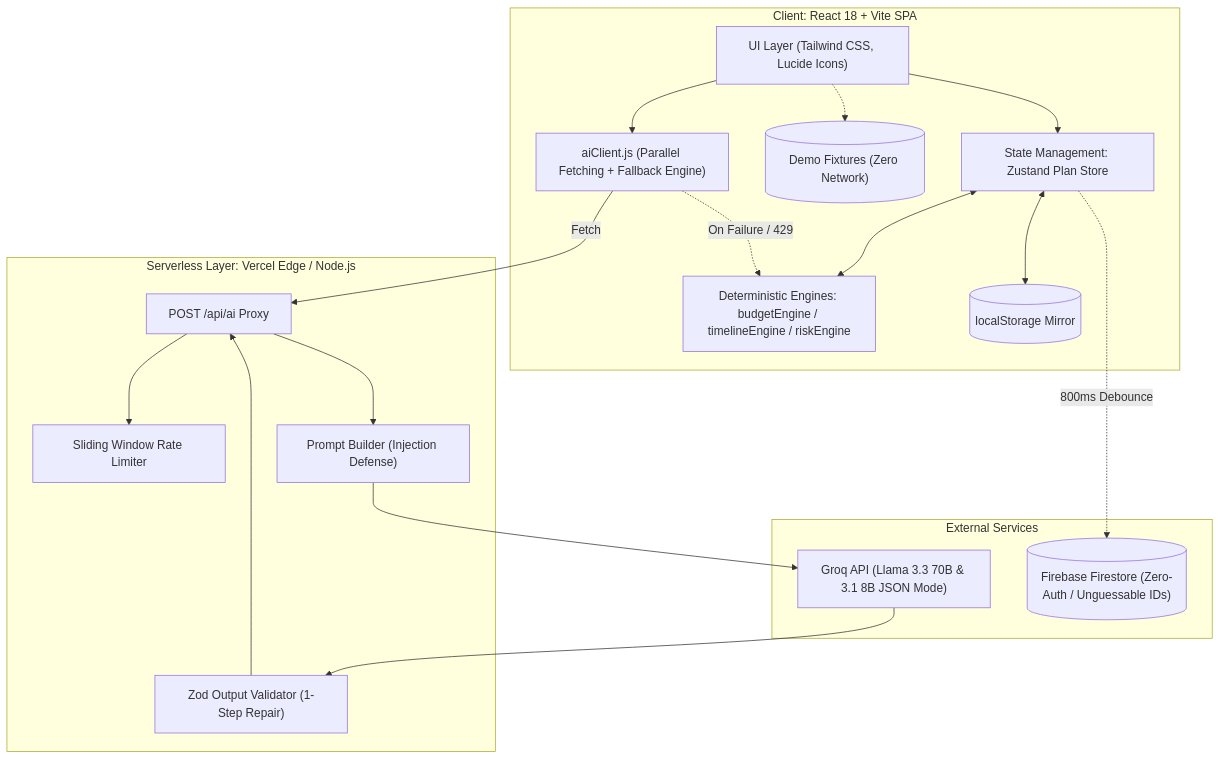
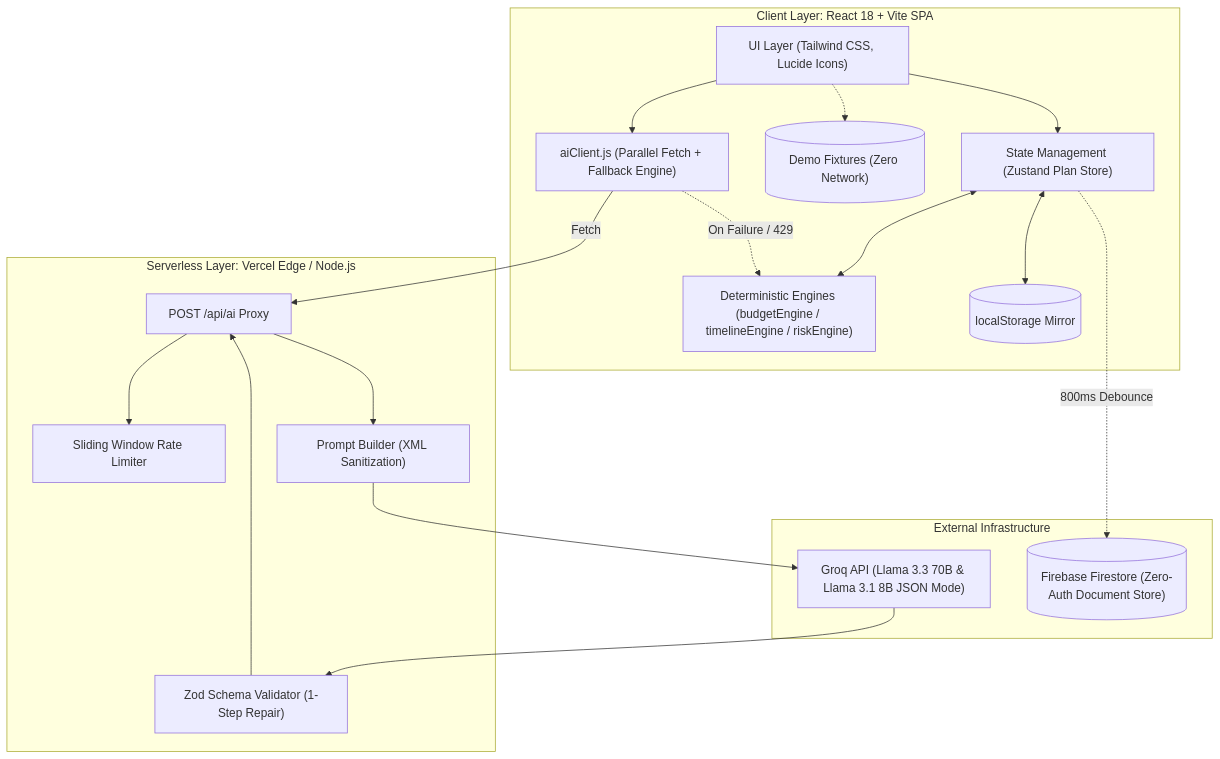
Before and after one commit to Shivam-kumar0707/evenavi: the second of 2 diagrams in README.md, drawn with Mermaid. The commit also changed other lines of this file and 1 other file, not shown here.

Commit message:
Update comprehensive README with vertical, architecture, and assumptions

````diff
--- a/README.md
+++ b/README.md
@@ -46,39 +151,39 @@
 ```mermaid
 flowchart TD
-    subgraph Browser ["Client: React 18 + Vite SPA"]
+    subgraph Client ["Client Layer: React 18 + Vite SPA"]
         UI["UI Layer (Tailwind CSS, Lucide Icons)"]
-        Engines["Deterministic Engines: budgetEngine / timelineEngine / riskEngine"]
-        Store["State Management: Zustand Plan Store"]
+        Engines["Deterministic Engines (budgetEngine / timelineEngine / riskEngine)"]
+        Store["State Management (Zustand Plan Store)"]
         LocalStorage[("localStorage Mirror")]
         DemoFixtures[("Demo Fixtures (Zero Network)")]
-        AiClient["aiClient.js (Parallel Fetching + Fallback Engine)"]
+        AiClient["aiClient.js (Parallel Fetch + Fallback Engine)"]
     end
 
     subgraph Backend ["Serverless Layer: Vercel Edge / Node.js"]
         Proxy["POST /api/ai Proxy"]
         RateLimit["Sliding Window Rate Limiter"]
-        PromptBuilder["Prompt Builder (Injection Defense)"]
-        OutputValidator["Zod Output Validator (1-Step Repair)"]
+        PromptBuilder["Prompt Builder (XML Sanitization)"]
+        OutputValidator["Zod Schema Validator (1-Step Repair)"]
     end
 
-    subgraph External ["External Services"]
-        Groq["Groq API (Llama 3.3 70B & 3.1 8B JSON Mode)"]
-        Firestore[("Firebase Firestore (Zero-Auth / Unguessable IDs)")]
+    subgraph External ["External Infrastructure"]
+        Groq["Groq API (Llama 3.3 70B & Llama 3.1 8B JSON Mode)"]
+        Firestore[("Firebase Firestore (Zero-Auth Document Store)")]
     end
 
     UI --> Store
     Store <--> Engines
     Store <--> LocalStorage
     UI -.-> DemoFixtures
 
     Store -.->|800ms Debounce| Firestore
     UI --> AiClient
     AiClient -->|Fetch| Proxy
     AiClient -.->|On Failure / 429| Engines
 
     Proxy --> RateLimit
     Proxy --> PromptBuilder
     PromptBuilder --> Groq
     Groq --> OutputValidator
     OutputValidator --> Proxy
 ```
````
